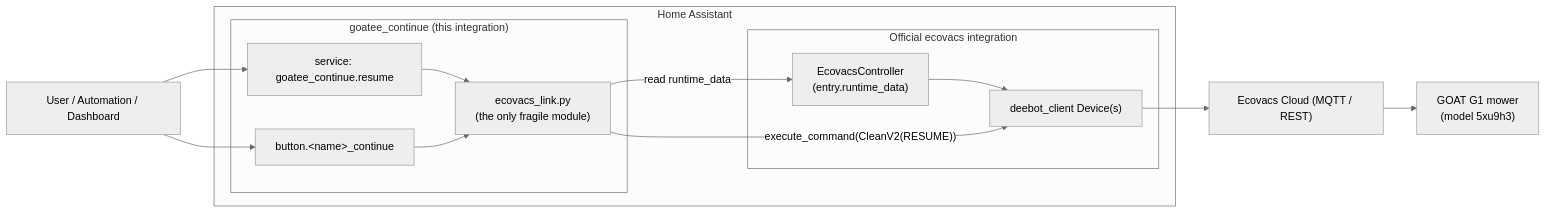
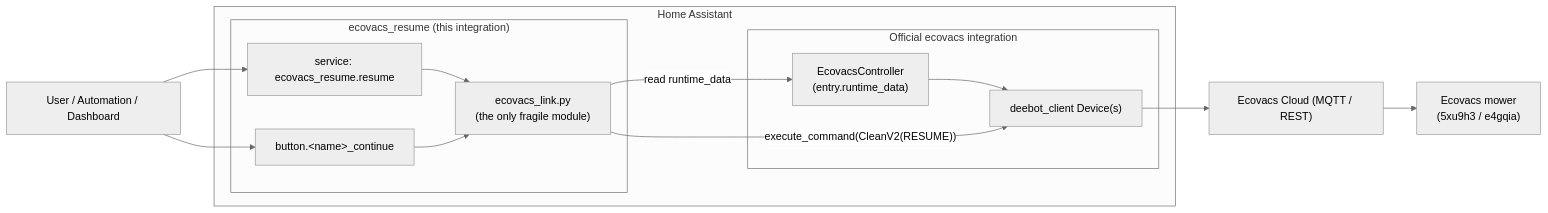
Before and after one commit to locazor/GoatG1Resume: the first of 2 diagrams in docs/architecture.md, drawn with Mermaid (neutral theme). The commit also changed other lines of this file and 27 other files, not shown here.

First line of the commit message:
Support any Ecovacs mower: rename domain, multi-device, A1600 verified

````diff
--- a/docs/architecture.md
+++ b/docs/architecture.md
@@ -41,27 +41,27 @@
 ```mermaid
 flowchart LR
     U["User / Automation / Dashboard"]
     subgraph HA["Home Assistant"]
-        subgraph GC["goatee_continue (this integration)"]
-            SVC["service: goatee_continue.resume"]
+        subgraph GC["ecovacs_resume (this integration)"]
+            SVC["service: ecovacs_resume.resume"]
             BTN["button.&lt;name&gt;_continue"]
             LINK["ecovacs_link.py<br/>(the only fragile module)"]
         end
         subgraph ECO["Official ecovacs integration"]
             CTRL["EcovacsController<br/>(entry.runtime_data)"]
             DEV["deebot_client Device(s)"]
         end
     end
     CLOUD["Ecovacs Cloud (MQTT / REST)"]
-    MOWER["GOAT G1 mower<br/>(model 5xu9h3)"]
+    MOWER["Ecovacs mower<br/>(5xu9h3 / e4gqia)"]
 
     U --> SVC
     U --> BTN
     SVC --> LINK
     BTN --> LINK
     LINK -->|"read runtime_data"| CTRL
     CTRL --> DEV
     LINK -->|"execute_command(CleanV2(RESUME))"| DEV
     DEV --> CLOUD
     CLOUD --> MOWER
 ```
````
